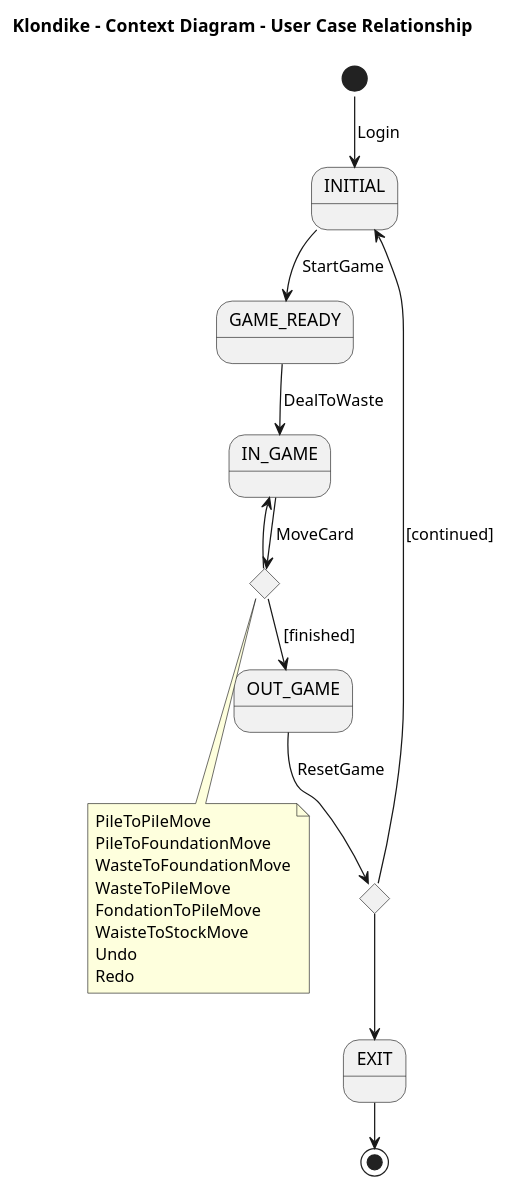
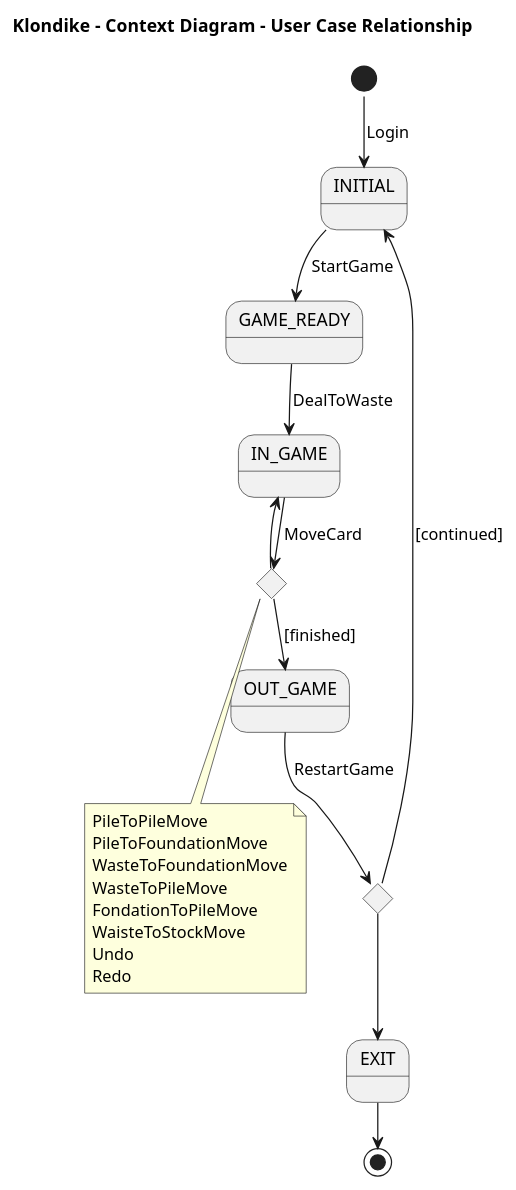
Before and after one commit to AngelOS95P/Maestria_IngSoftware_grupo6: the diagram in 2 Modelo de vistas de caso de uso/Diagrama de relacion de Casos de Uso.plantuml, drawn with PlantUML. The commit also changed 1 other file, not shown here.

```diff
--- a/2 Modelo de vistas de caso de uso/Diagrama de relacion de Casos de Uso.plantuml
+++ b/2 Modelo de vistas de caso de uso/Diagrama de relacion de Casos de Uso.plantuml
@@ -1,27 +1,27 @@
 @startuml UseCaseContextDiagram
 !pragma layout smetana
 title Klondike  - Context Diagram - User Case Relationship
 
 state INITIAL
 state GAME_READY
 state IN_GAME
 state OUT_GAME
 state EXIT
 state if_finished <<choice>>
 state if_resumed <<choice>>
 
 note "PileToPileMove\nPileToFoundationMove\nWasteToFoundationMove\nWasteToPileMove\nFondationToPileMove\nWaisteToStockMove\nUndo\nRedo" as PNote
 
 if_finished ---> PNote
 [*] --> INITIAL: Login
 INITIAL --> GAME_READY: StartGame
 GAME_READY--> IN_GAME: DealToWaste
 IN_GAME --> if_finished: MoveCard
 if_finished --> IN_GAME
 if_finished --> OUT_GAME: [finished]
-OUT_GAME --> if_resumed: ResetGame
+OUT_GAME --> if_resumed: RestartGame
 if_resumed --> INITIAL: [continued]
 if_resumed --> EXIT
 EXIT --> [*]
 
 @enduml
```
